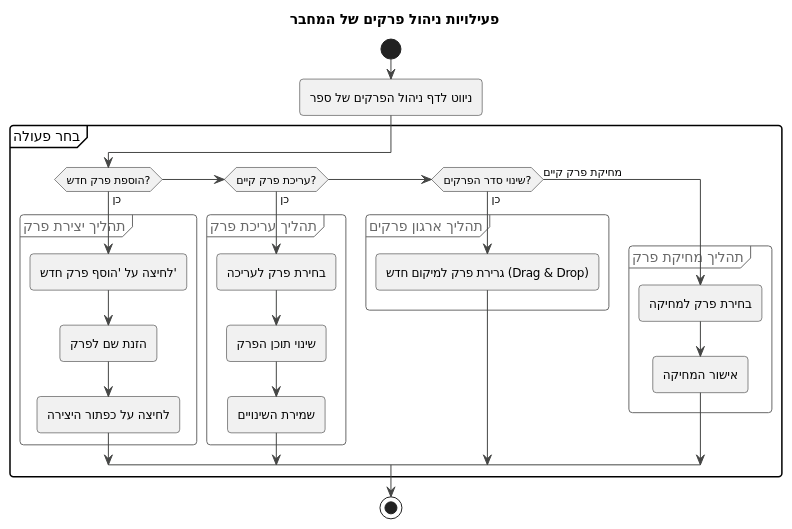
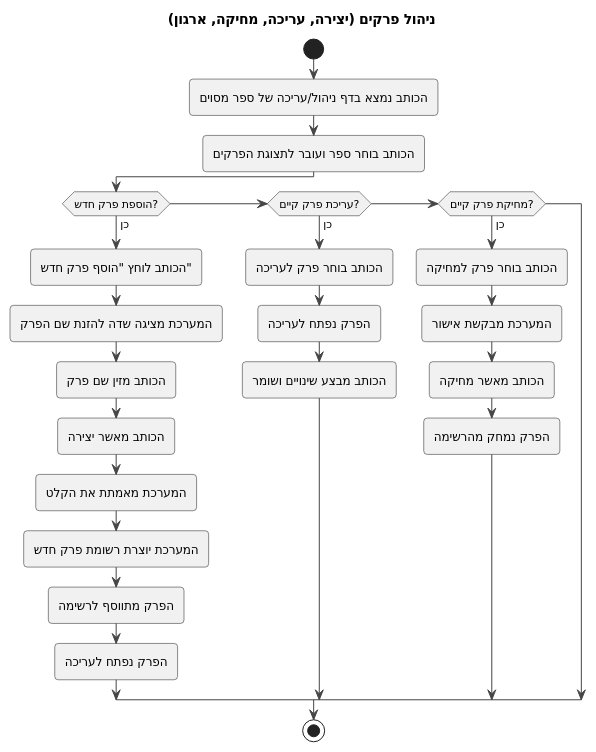
The diagram in UML/Activity/Writer/WR-UC-03.puml (Arado3333/PageByPage_Israel_Arad), drawn with PlantUML before and after one commit. The commit also changed 9 other files, not shown here.

```diff
--- a/UML/Activity/Writer/WR-UC-03.puml
+++ b/UML/Activity/Writer/WR-UC-03.puml
@@ -1,39 +1,31 @@
 @startuml
 !theme vibrant
 
-title פעילויות ניהול פרקים של המחבר
+title ניהול פרקים (יצירה, עריכה, מחיקה, ארגון)
 
 start
-:ניווט לדף ניהול הפרקים של ספר;
+:הכותב נמצא בדף ניהול/עריכה של ספר מסוים;
+:הכותב בוחר ספר ועובר לתצוגת הפרקים;
 
-partition "בחר פעולה" {
-  if (הוספת פרק חדש?) then (כן)
-    group תהליך יצירת פרק
-      :לחיצה על 'הוסף פרק חדש';
-      :הזנת שם לפרק;
-      :לחיצה על כפתור היצירה;
-    end group
-
-  else if (עריכת פרק קיים?) then (כן)
-    group תהליך עריכת פרק
-      :בחירת פרק לעריכה;
-      :שינוי תוכן הפרק;
-      :שמירת השינויים;
-    end group
-    
-  else if (שינוי סדר הפרקים?) then (כן)
-    group תהליך ארגון פרקים
-      :גרירת פרק למיקום חדש (Drag & Drop);
-    end group
-
-  else (מחיקת פרק קיים)
-    group תהליך מחיקת פרק
-      :בחירת פרק למחיקה;
-      :אישור המחיקה;
-    end group
-  endif
-}
+if (הוספת פרק חדש?) then (כן)
+    :הכותב לוחץ "הוסף פרק חדש";
+    :המערכת מציגה שדה להזנת שם הפרק;
+    :הכותב מזין שם פרק;
+    :הכותב מאשר יצירה;
+    :המערכת מאמתת את הקלט;
+    :המערכת יוצרת רשומת פרק חדש;
+    :הפרק מתווסף לרשימה;
+    :הפרק נפתח לעריכה;
+else if (עריכת פרק קיים?) then (כן)
+    :הכותב בוחר פרק לעריכה;
+    :הפרק נפתח לעריכה;
+    :הכותב מבצע שינויים ושומר;
+else if (מחיקת פרק קיים?) then (כן)
+    :הכותב בוחר פרק למחיקה;
+    :המערכת מבקשת אישור;
+    :הכותב מאשר מחיקה;
+    :הפרק נמחק מהרשימה;
+endif
 
 stop
-
 @enduml
```
